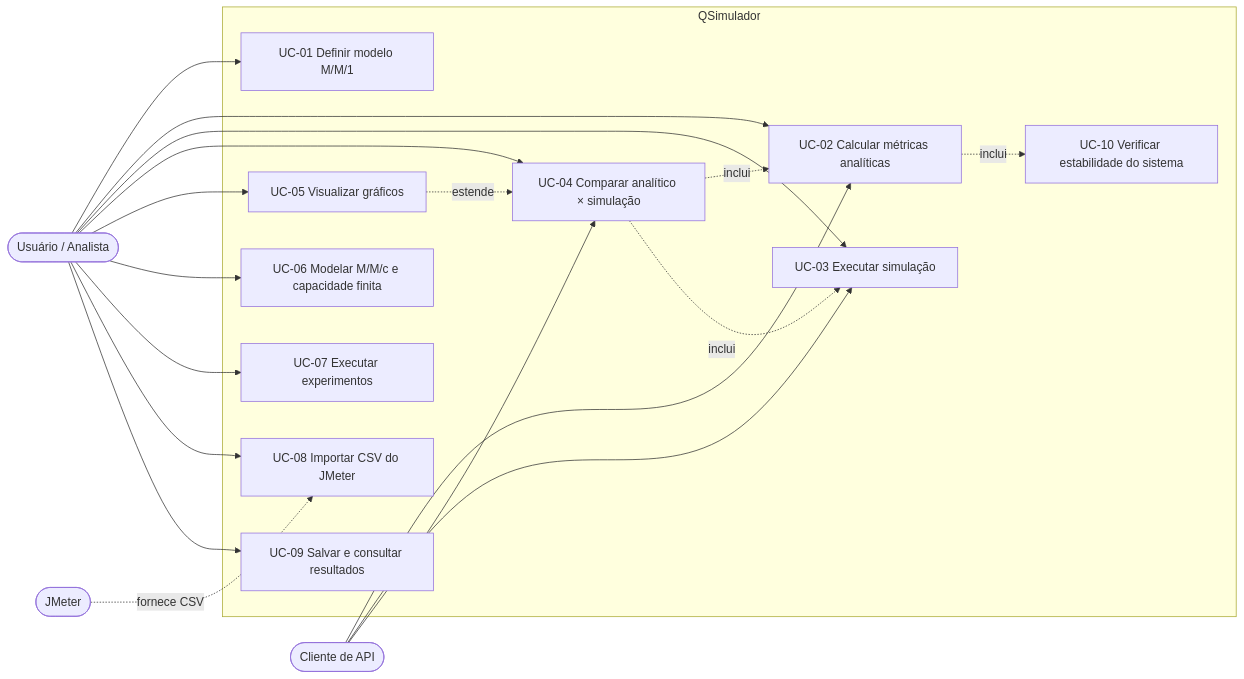
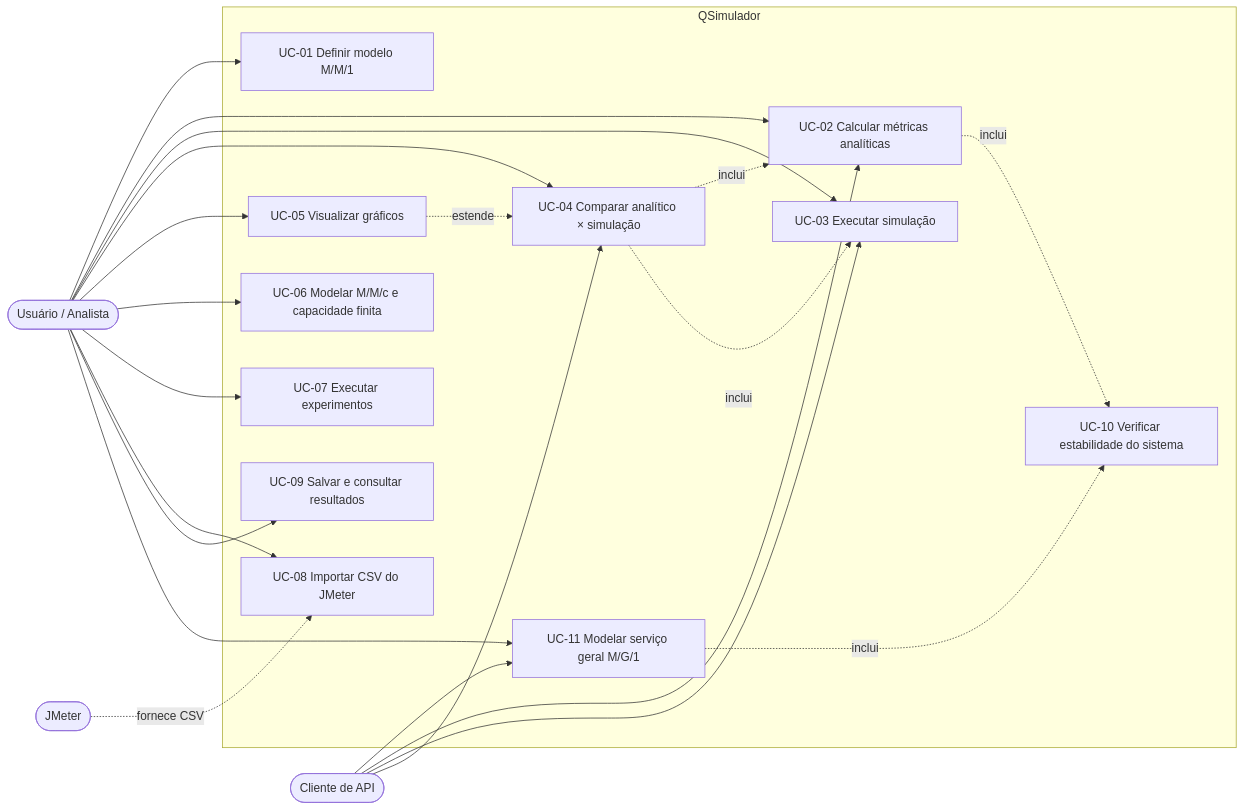
Before and after one commit to lucifer-son/QSimulador: the diagram in docs/casos-de-uso.md, drawn with Mermaid. The commit also changed other lines of this file and 59 other files, not shown here.

Commit message:
Implementa Fase 9 - Serviço geral, com oito distribuíções de serviço

````diff
--- a/docs/casos-de-uso.md
+++ b/docs/casos-de-uso.md
@@ -32,37 +32,41 @@
 ```mermaid
 flowchart LR
     U([Usuário / Analista])
     A([Cliente de API])
     J([JMeter])
 
     subgraph QSimulador
         UC01[UC-01 Definir modelo M/M/1]
         UC02[UC-02 Calcular métricas analíticas]
         UC03[UC-03 Executar simulação]
         UC04[UC-04 Comparar analítico × simulação]
         UC05[UC-05 Visualizar gráficos]
         UC06[UC-06 Modelar M/M/c e capacidade finita]
         UC07[UC-07 Executar experimentos]
         UC08[UC-08 Importar CSV do JMeter]
         UC09[UC-09 Salvar e consultar resultados]
         UC10[UC-10 Verificar estabilidade do sistema]
+        UC11[UC-11 Modelar serviço geral M/G/1]
     end
 
     U --> UC01
     U --> UC02
     U --> UC03
     U --> UC04
     U --> UC05
     U --> UC06
     U --> UC07
     U --> UC08
     U --> UC09
+    U --> UC11
+    A --> UC11
     A --> UC02
     A --> UC03
     A --> UC04
     J -. fornece CSV .-> UC08
     UC02 -. inclui .-> UC10
     UC04 -. inclui .-> UC02
     UC04 -. inclui .-> UC03
     UC05 -. estende .-> UC04
+    UC11 -. inclui .-> UC10
 ```
````
